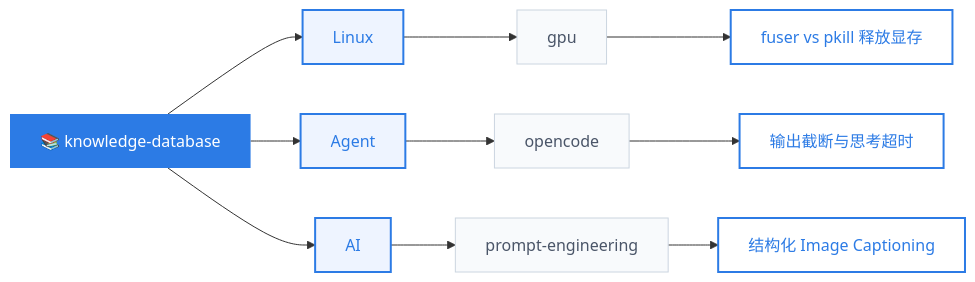
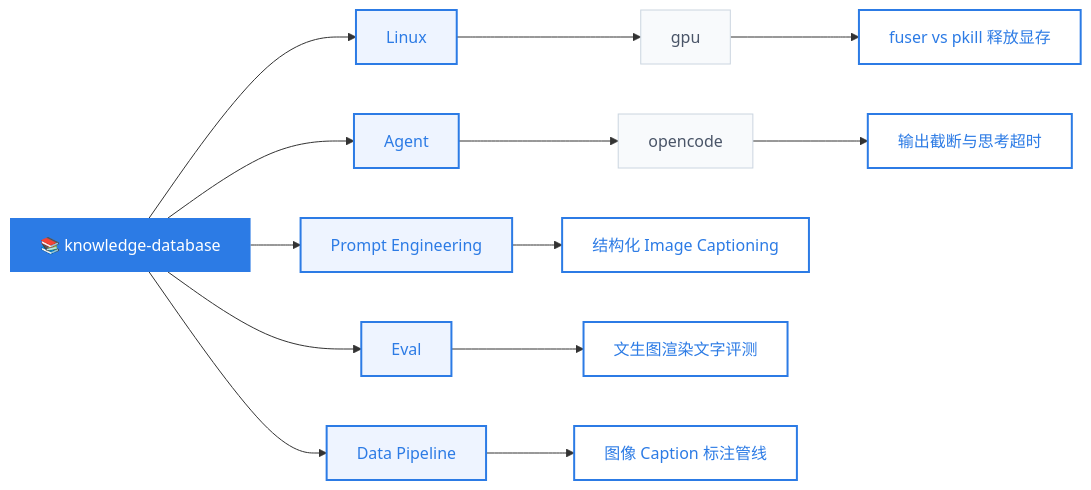
Before and after one commit to caseclose/knowledge-database: the diagram in README.md, drawn with Mermaid. The commit also changed other lines of this file and 4 other files, not shown here.

````diff
--- a/README.md
+++ b/README.md
@@ -11,29 +11,36 @@
 ```mermaid
 graph LR
     KB["📚 knowledge-database"] --> Linux["Linux"]
     KB --> Agent["Agent"]
-    KB --> AI["AI"]
+    KB --> PE["Prompt Engineering"]
+    KB --> Eval["Eval"]
+    KB --> DP["Data Pipeline"]
 
     Linux --> GPU["gpu"]
     GPU --> K1["fuser vs pkill 释放显存"]
 
     Agent --> OC["opencode"]
     OC --> K2["输出截断与思考超时"]
 
-    AI --> PE["prompt-engineering"]
     PE --> K3["结构化 Image Captioning"]
+
+    Eval --> K4["文生图渲染文字评测"]
+
+    DP --> K5["图像 Caption 标注管线"]
 
     classDef root fill:#2c7be5,color:#fff,stroke:none
     classDef category fill:#eef4ff,color:#2c7be5,stroke:#2c7be5,stroke-width:2px
     classDef sub fill:#f8fafc,color:#4a5568,stroke:#cbd5e0,stroke-width:1px
     classDef knowledge fill:#fff,color:#2c7be5,stroke:#2c7be5,stroke-width:2px
 
     class KB root
-    class Linux,Agent,AI category
-    class GPU,OC,PE sub
-    class K1,K2,K3 knowledge
+    class Linux,Agent,PE,Eval,DP category
+    class GPU,OC sub
+    class K1,K2,K3,K4,K5 knowledge
 
     click K1 href "#/linux/gpu/fuser-vs-pkill-release-gpu-memory"
     click K2 href "#/agent/opencode/output-truncation-and-thinking-timeout"
-    click K3 href "#/ai/prompt-engineering/structured-image-captioning"
+    click K3 href "#/prompt-engineering/structured-image-captioning"
+    click K4 href "#/eval/text-to-image-render-text-eval"
+    click K5 href "#/data-pipeline/image-caption-annotation-pipeline"
 ```
````
